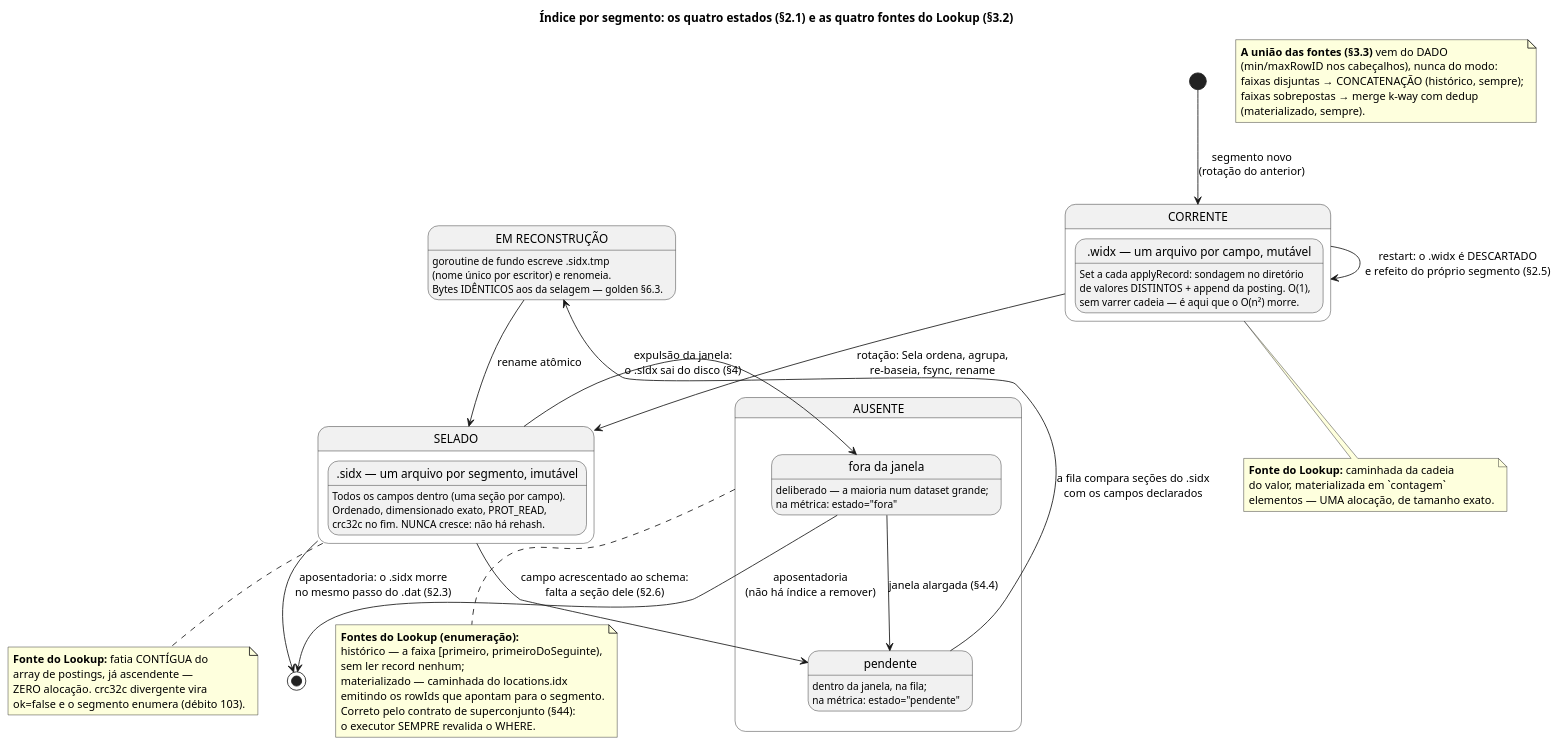
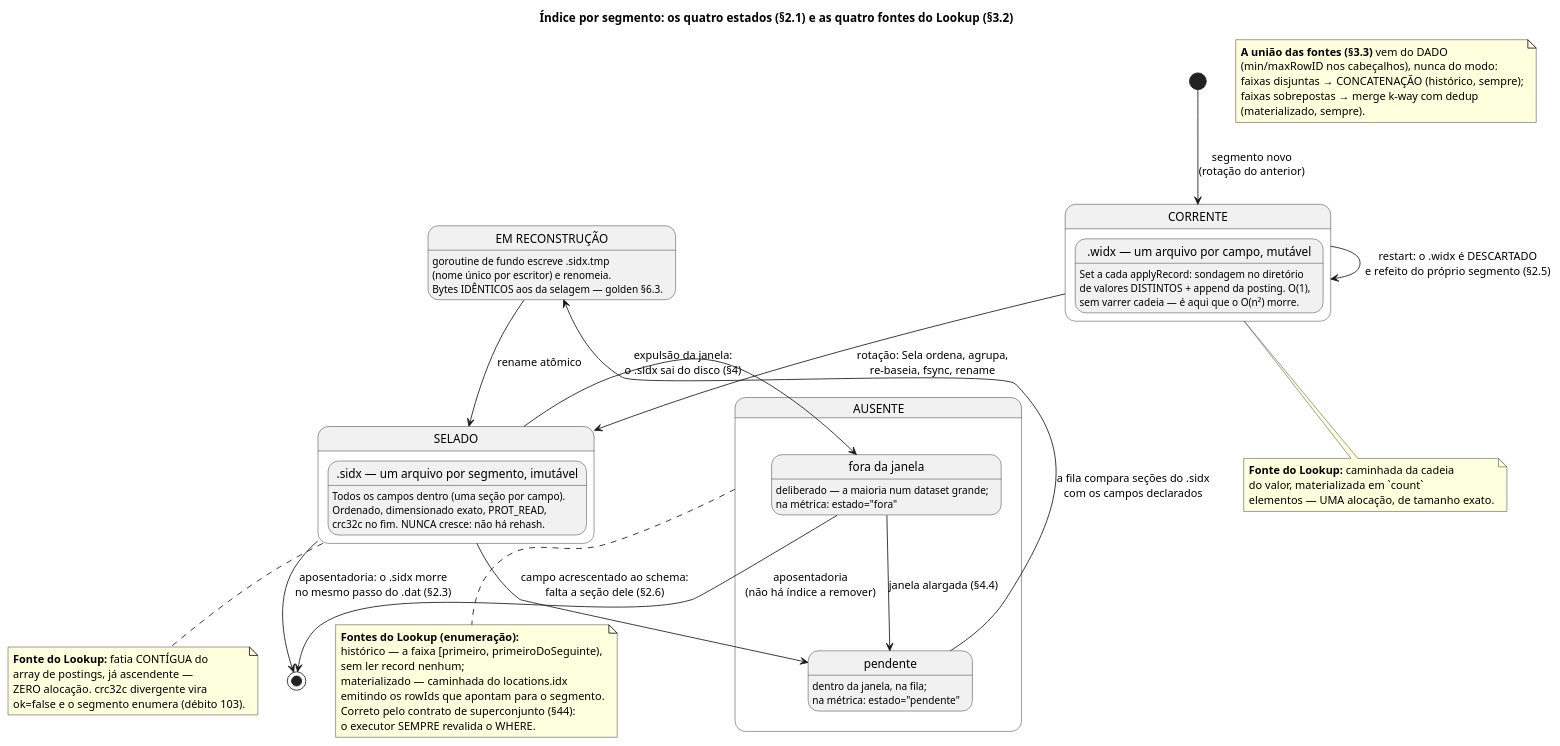
The diagram in docs/diagrams/indice_por_segmento.puml (nishisan-dev/nishidb), drawn with PlantUML before and after one commit. The commit also changed 100 other files, not shown here.

```diff
--- a/docs/diagrams/indice_por_segmento.puml
+++ b/docs/diagrams/indice_por_segmento.puml
@@ -1,70 +1,70 @@
 @startuml indice_por_segmento
 title Índice por segmento: os quatro estados (§2.1) e as quatro fontes do Lookup (§3.2)
 
 state "CORRENTE" as corrente {
   state ".widx — um arquivo por campo, mutável" as widx
   widx : Set a cada applyRecord: sondagem no diretório
   widx : de valores DISTINTOS + append da posting. O(1),
   widx : sem varrer cadeia — é aqui que o O(n²) morre.
 }
 
 state "SELADO" as selado {
   state ".sidx — um arquivo por segmento, imutável" as sidx
   sidx : Todos os campos dentro (uma seção por campo).
   sidx : Ordenado, dimensionado exato, PROT_READ,
   sidx : crc32c no fim. NUNCA cresce: não há rehash.
 }
 
 state "AUSENTE" as ausente {
   state "fora da janela" as fora
   fora : deliberado — a maioria num dataset grande;\nna métrica: estado="fora"
   state "pendente" as pendente
   pendente : dentro da janela, na fila;\nna métrica: estado="pendente"
 }
 
 state "EM RECONSTRUÇÃO" as reconstrucao
 reconstrucao : goroutine de fundo escreve .sidx.tmp\n(nome único por escritor) e renomeia.\nBytes IDÊNTICOS aos da selagem — golden §6.3.
 
 [*] --> corrente : segmento novo\n(rotação do anterior)
 corrente --> selado : rotação: Sela ordena, agrupa,\nre-baseia, fsync, rename
 corrente --> corrente : restart: o .widx é DESCARTADO\ne refeito do próprio segmento (§2.5)
 selado --> pendente : campo acrescentado ao schema:\nfalta a seção dele (§2.6)
 selado --> fora : expulsão da janela:\no .sidx sai do disco (§4)
 fora --> pendente : janela alargada (§4.4)
 pendente --> reconstrucao : a fila compara seções do .sidx\ncom os campos declarados
 reconstrucao --> selado : rename atômico
 selado --> [*] : aposentadoria: o .sidx morre\nno mesmo passo do .dat (§2.3)
 fora --> [*] : aposentadoria\n(não há índice a remover)
 
 note bottom of corrente
   **Fonte do Lookup:** caminhada da cadeia
-  do valor, materializada em `contagem`
+  do valor, materializada em `count`
   elementos — UMA alocação, de tamanho exato.
 end note
 
 note bottom of selado
   **Fonte do Lookup:** fatia CONTÍGUA do
   array de postings, já ascendente —
   ZERO alocação. crc32c divergente vira
   ok=false e o segmento enumera (débito 103).
 end note
 
 note bottom of ausente
   **Fontes do Lookup (enumeração):**
   histórico — a faixa [primeiro, primeiroDoSeguinte),
   sem ler record nenhum;
   materializado — caminhada do locations.idx
   emitindo os rowIds que apontam para o segmento.
   Correto pelo contrato de superconjunto (§44):
   o executor SEMPRE revalida o WHERE.
 end note
 
 note as uniao
   **A união das fontes (§3.3)** vem do DADO
   (min/maxRowID nos cabeçalhos), nunca do modo:
   faixas disjuntas → CONCATENAÇÃO (histórico, sempre);
   faixas sobrepostas → merge k-way com dedup
   (materializado, sempre).
 end note
 
 @enduml
```
